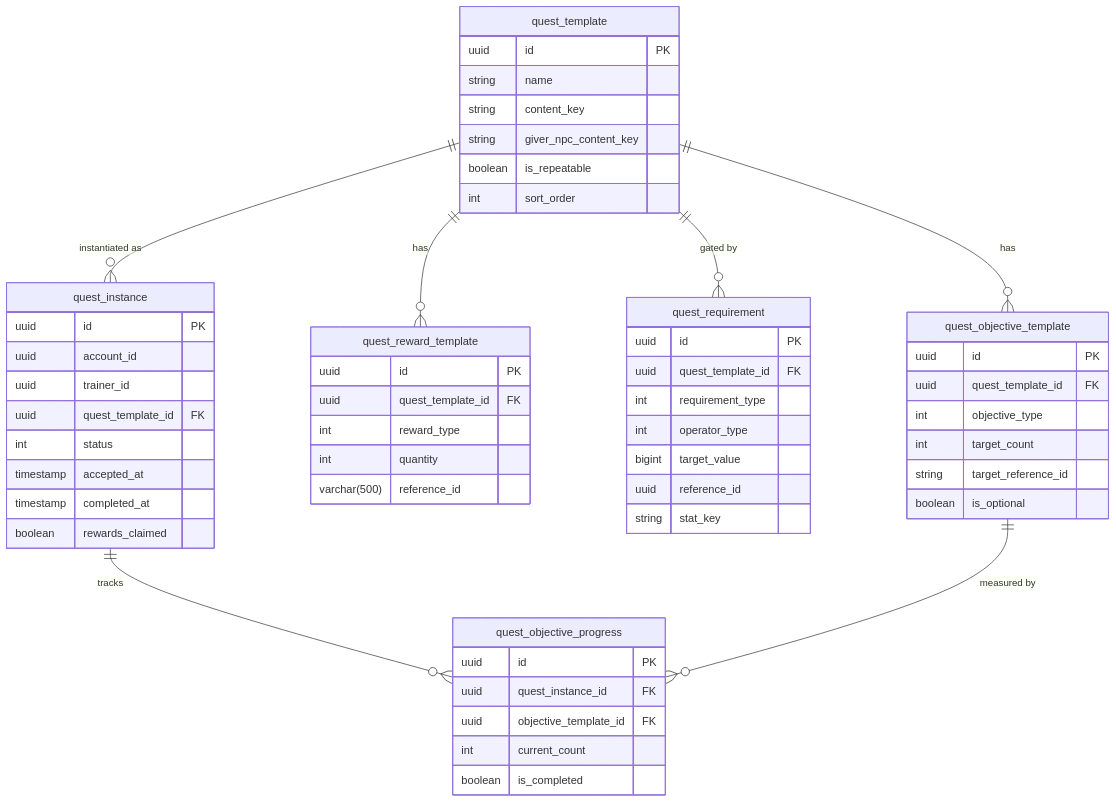
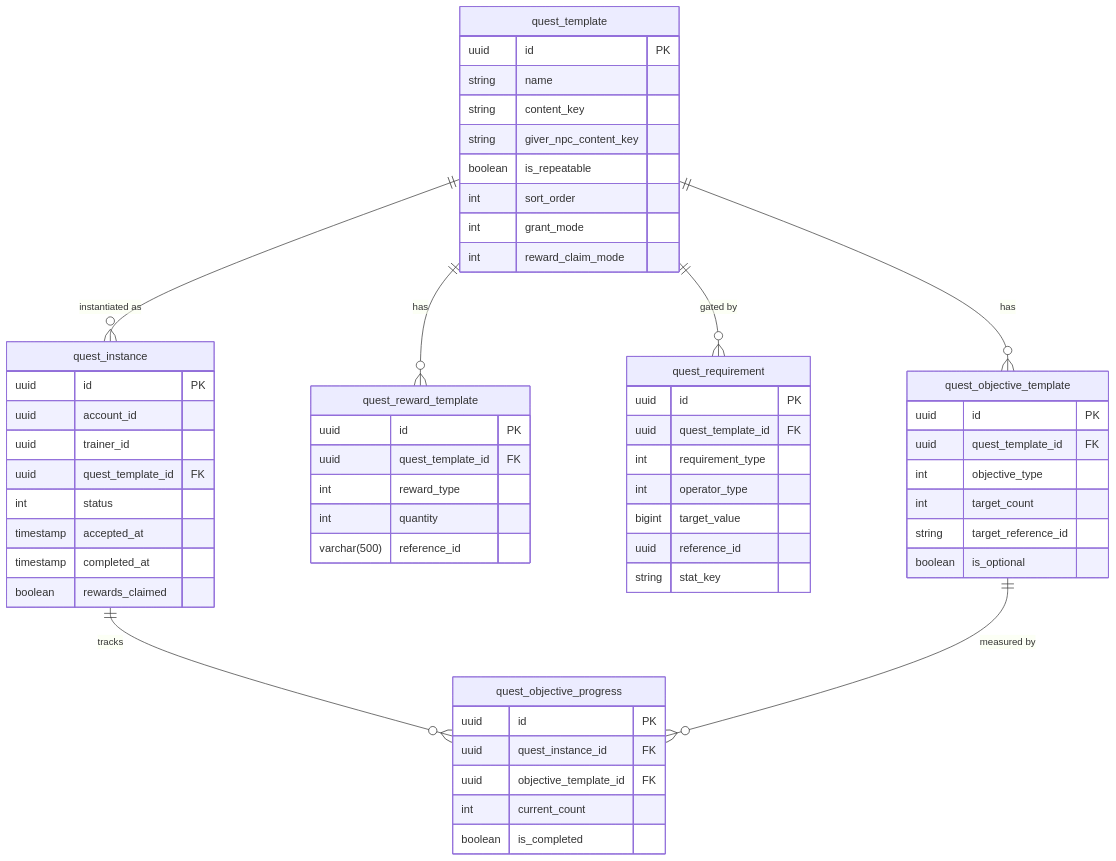
One commit to CrystallineRift/cr-docs changed the diagram in docs/backend/07-quest-system.md. Above: the diagram before and after it, drawn with Mermaid. The commit also changed other lines of this file and 10 other files, not shown here.

````diff
--- a/docs/backend/07-quest-system.md
+++ b/docs/backend/07-quest-system.md
@@ -29,59 +29,61 @@
 ```mermaid
 erDiagram
     quest_template {
         uuid id PK
         string name
         string content_key
         string giver_npc_content_key
         boolean is_repeatable
         int sort_order
+        int grant_mode
+        int reward_claim_mode
     }
     quest_objective_template {
         uuid id PK
         uuid quest_template_id FK
         int objective_type
         int target_count
         string target_reference_id
         boolean is_optional
     }
     quest_reward_template {
         uuid id PK
         uuid quest_template_id FK
         int reward_type
         int quantity
         varchar(500) reference_id
     }
     quest_requirement {
         uuid id PK
         uuid quest_template_id FK
         int requirement_type
         int operator_type
         bigint target_value
         uuid reference_id
         string stat_key
     }
     quest_instance {
         uuid id PK
         uuid account_id
         uuid trainer_id
         uuid quest_template_id FK
         int status
         timestamp accepted_at
         timestamp completed_at
         boolean rewards_claimed
     }
     quest_objective_progress {
         uuid id PK
         uuid quest_instance_id FK
         uuid objective_template_id FK
         int current_count
         boolean is_completed
     }
 
     quest_template ||--o{ quest_objective_template : "has"
     quest_template ||--o{ quest_reward_template : "has"
     quest_template ||--o{ quest_requirement : "gated by"
     quest_template ||--o{ quest_instance : "instantiated as"
     quest_instance ||--o{ quest_objective_progress : "tracks"
     quest_objective_template ||--o{ quest_objective_progress : "measured by"
 ```
````
